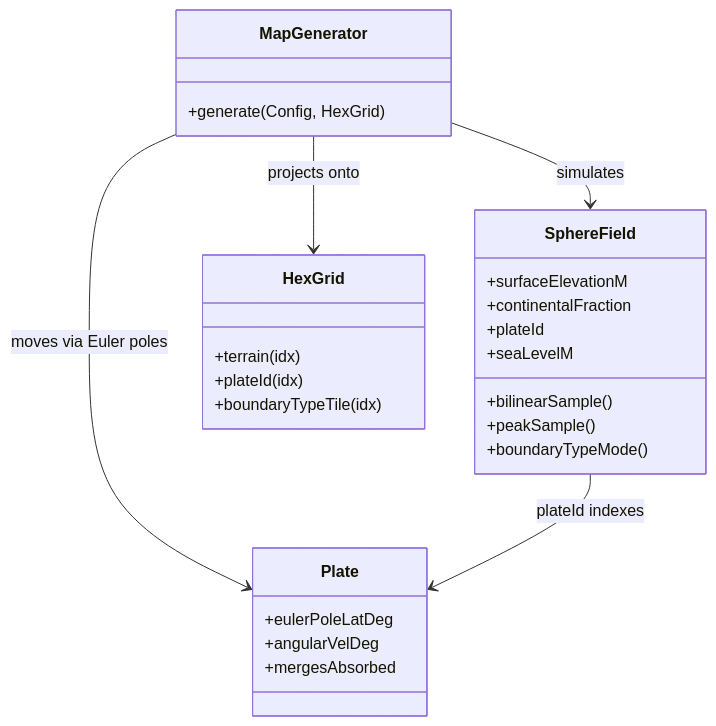
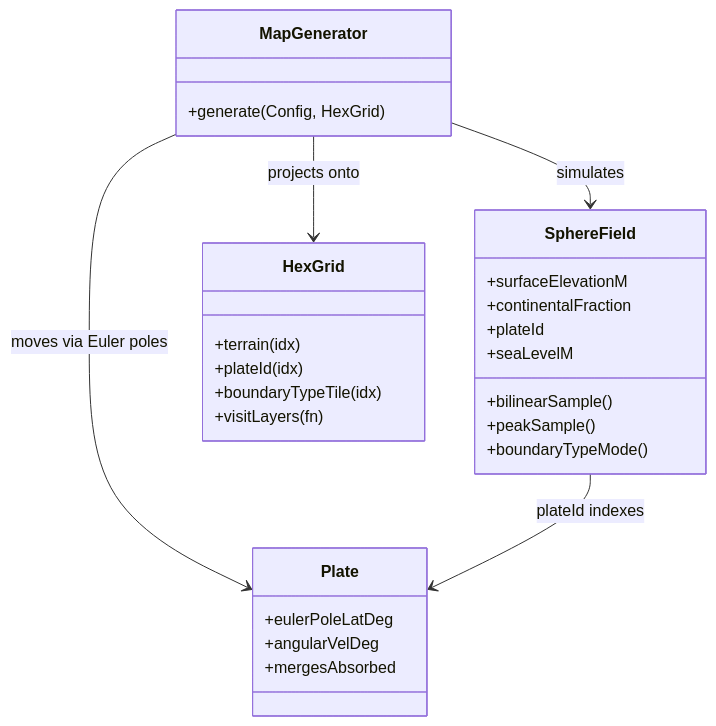
One commit to NiklasDietz/age_of_civ changed the diagram in docs/architecture/components/map.md. Above: the diagram before and after it, drawn with Mermaid. The commit also changed other lines of this file and 20 other files, not shown here.

First line of the commit message:
docs: refresh the architecture tree to 90fb00e

````diff
--- a/docs/architecture/components/map.md
+++ b/docs/architecture/components/map.md
@@ -132,29 +111,30 @@
 ```mermaid
 classDiagram
   class MapGenerator {
     +generate(Config, HexGrid)
   }
   class SphereField {
     +surfaceElevationM
     +continentalFraction
     +plateId
     +seaLevelM
     +bilinearSample()
     +peakSample()
     +boundaryTypeMode()
   }
   class Plate {
     +eulerPoleLatDeg
     +angularVelDeg
     +mergesAbsorbed
   }
   class HexGrid {
     +terrain(idx)
     +plateId(idx)
     +boundaryTypeTile(idx)
+    +visitLayers(fn)
   }
   MapGenerator --> SphereField : simulates
   MapGenerator --> Plate : moves via Euler poles
   MapGenerator --> HexGrid : projects onto
   SphereField --> Plate : plateId indexes
 ```
````
